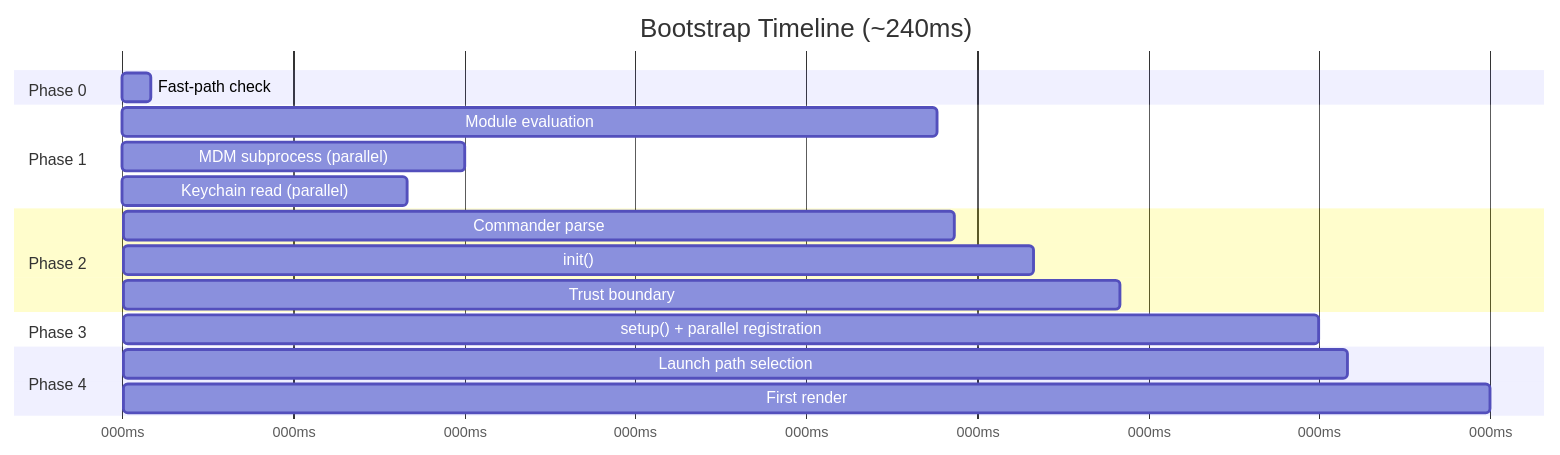
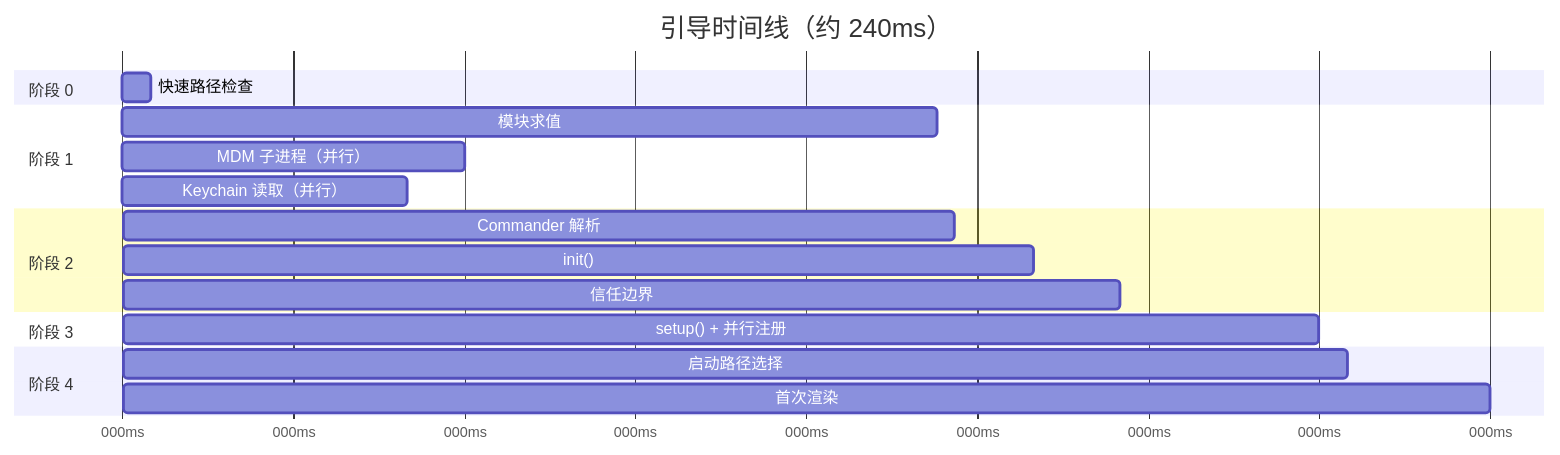
Before and after one commit to quanuanc/claude-code-from-source: the fourth of 4 diagrams in book-zh/ch02-bootstrap.md, drawn with Mermaid. The commit also changed other lines of this file and 2 other files, not shown here.

````diff
--- a/book-zh/ch02-bootstrap.md
+++ b/book-zh/ch02-bootstrap.md
@@ -183,26 +176,26 @@
 ```mermaid
 gantt
-    title Bootstrap Timeline (~240ms)
+    title 引导时间线（约 240ms）
     dateFormat X
     axisFormat %Lms
 
-    section Phase 0
-    Fast-path check          :0, 5
+    section 阶段 0
+    快速路径检查          :0, 5
 
-    section Phase 1
-    Module evaluation        :5, 143
-    MDM subprocess (parallel) :8, 60
-    Keychain read (parallel)  :8, 50
+    section 阶段 1
+    模块求值        :5, 143
+    MDM 子进程（并行） :8, 60
+    Keychain 读取（并行）  :8, 50
 
-    section Phase 2
-    Commander parse          :143, 146
+    section 阶段 2
+    Commander 解析          :143, 146
     init()                   :146, 160
-    Trust boundary           :160, 175
+    信任边界           :160, 175
 
-    section Phase 3
-    setup() + parallel registration :175, 210
+    section 阶段 3
+    setup() + 并行注册 :175, 210
 
-    section Phase 4
-    Launch path selection    :210, 215
-    First render             :215, 240
+    section 阶段 4
+    启动路径选择    :210, 215
+    首次渲染             :215, 240
 ```
````
